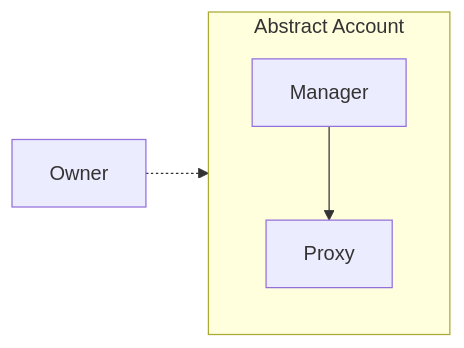
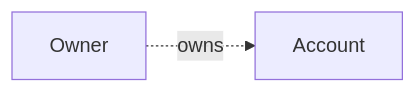
The first of 3 diagrams in framework/docs/src/3_framework/3_architecture.md (AbstractSDK/abstract), drawn with Mermaid before and after one commit. The commit also changed other lines of this file, not shown here.

Commit message:
update Architecture doc

````diff
--- a/framework/docs/src/3_framework/3_architecture.md
+++ b/framework/docs/src/3_framework/3_architecture.md
@@ -15,9 +15,4 @@
 ```mermaid
 flowchart LR
-    subgraph Abstr[Abstract Account]
-        direction TB
-        Manager --> Proxy
-    end
-
-    Owner -.-> Manager
+    Owner -."owns".-> Account
 ```
````
